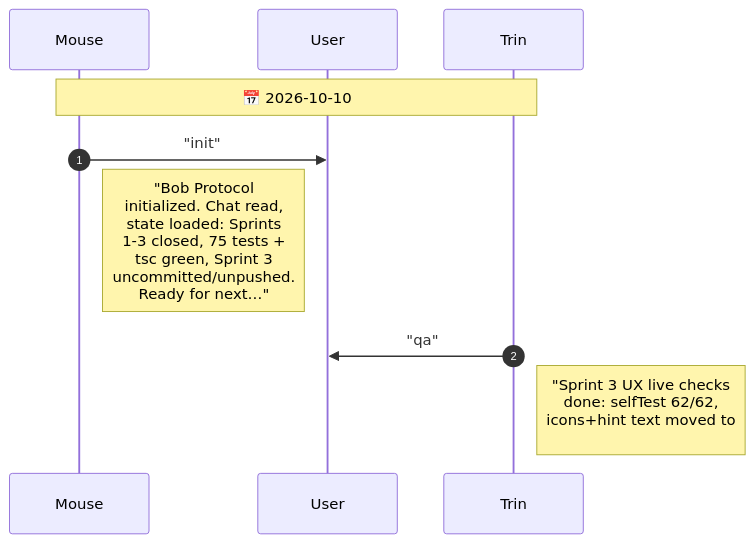
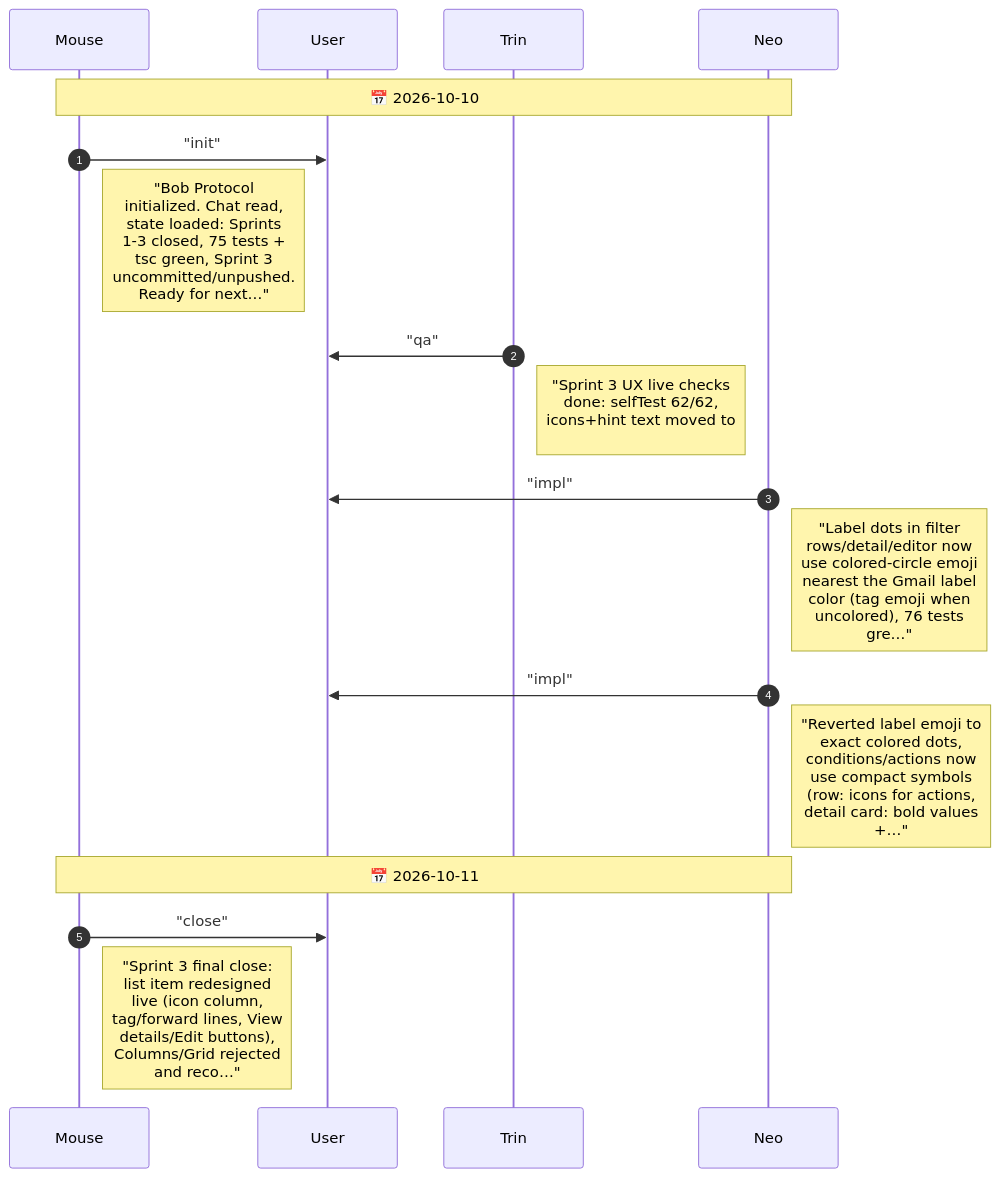
The diagram in agents/CHAT.diagram.md (drusifer/gmail-unsucked), drawn with Mermaid before and after one commit. The commit also changed 12 other files, not shown here.

First line of the commit message:
Sprint 3 close: list item as icon-column form lines with View details/Edit

````diff
--- a/agents/CHAT.diagram.md
+++ b/agents/CHAT.diagram.md
@@ -5,13 +5,21 @@
 ```mermaid
 %%{init: {"sequence": {"messageFontSize": 14, "noteFontSize": 18, "actorFontSize": 14}}}%%
 sequenceDiagram
     autonumber
     participant Mouse
     participant User
     participant Trin
-    Note over Mouse,Trin: 📅 2026-10-10
+    participant Neo
+    Note over Mouse,Neo: 📅 2026-10-10
     Mouse->>User: "init"
     Note right of Mouse: "Bob Protocol<br/>initialized. Chat read,<br/>state loaded: Sprints<br/>1-3 closed, 75 tests +<br/>tsc green, Sprint 3<br/>uncommitted/unpushed.<br/>Ready for next…"
     Trin->>User: "qa"
     Note right of Trin: "Sprint 3 UX live checks<br/>done: selfTest 62/62,<br/>icons+hint text moved to<br/>#757575 (contrast<br/>verified), U6 verified<br/>by user. Uncommitted."
+    Neo->>User: "impl"
+    Note right of Neo: "Label dots in filter<br/>rows/detail/editor now<br/>use colored-circle emoji<br/>nearest the Gmail label<br/>color (tag emoji when<br/>uncolored), 76 tests<br/>gre…"
+    Neo->>User: "impl"
+    Note right of Neo: "Reverted label emoji to<br/>exact colored dots,<br/>conditions/actions now<br/>use compact symbols<br/>(row: icons for actions,<br/>detail card: bold values<br/>+…"
+    Note over Mouse,Neo: 📅 2026-10-11
+    Mouse->>User: "close"
+    Note right of Mouse: "Sprint 3 final close:<br/>list item redesigned<br/>live (icon column,<br/>tag/forward lines, View<br/>details/Edit buttons),<br/>Columns/Grid rejected<br/>and reco…"
 ```
````
